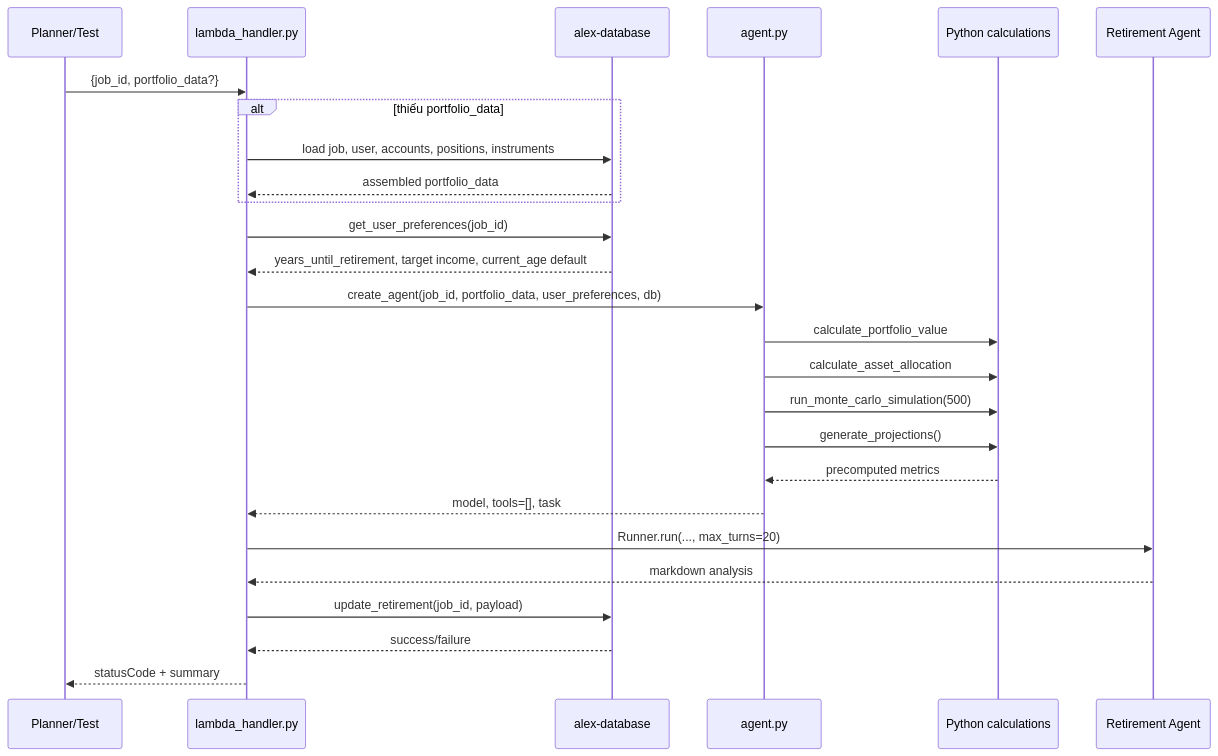
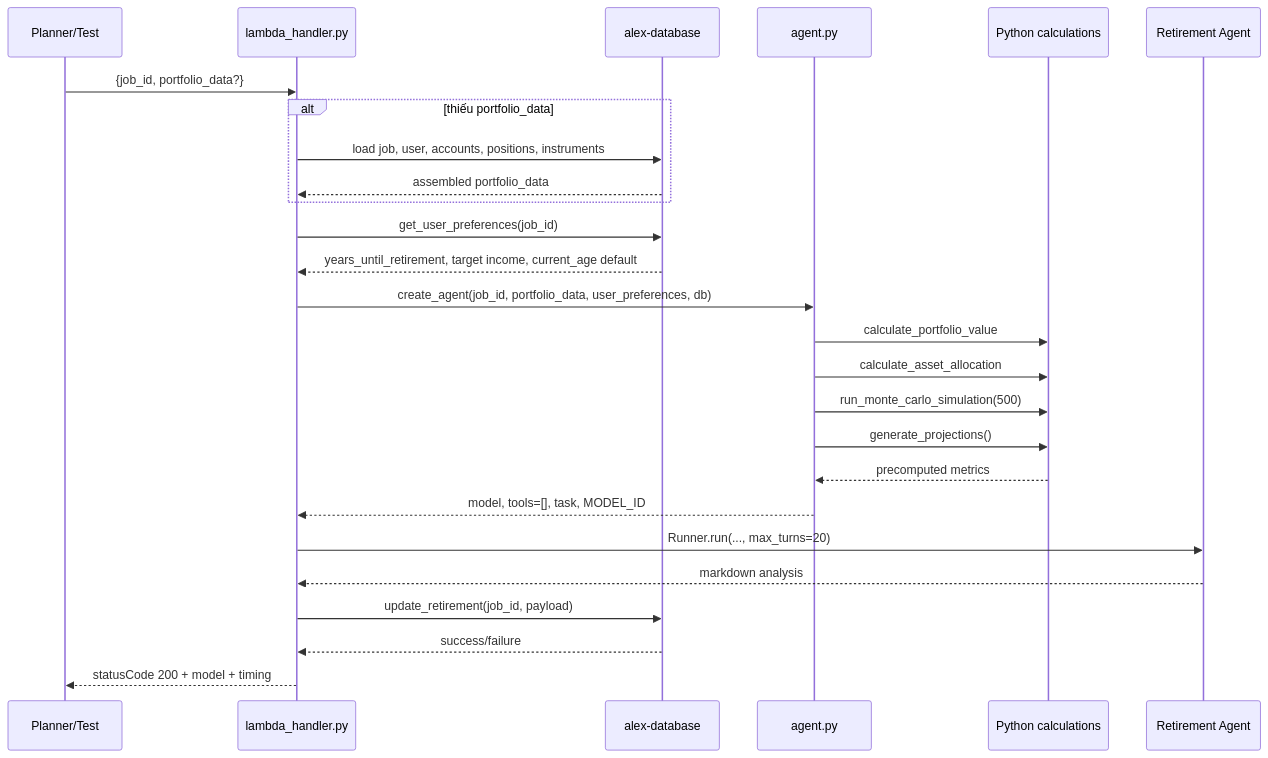
One commit to Sunny-sunnyy/alex changed the second of 3 diagrams in backend/retirement/README.md. Above: the diagram before and after it, drawn with Mermaid. The commit also changed other lines of this file and 43 other files, not shown here.

````diff
--- a/backend/retirement/README.md
+++ b/backend/retirement/README.md
@@ -75,29 +76,29 @@
 ```mermaid
 sequenceDiagram
     participant Caller as Planner/Test
     participant Lambda as lambda_handler.py
     participant DB as alex-database
     participant AgentFile as agent.py
     participant Calc as Python calculations
     participant Retirement as Retirement Agent
 
     Caller->>Lambda: {job_id, portfolio_data?}
     alt thiếu portfolio_data
         Lambda->>DB: load job, user, accounts, positions, instruments
         DB-->>Lambda: assembled portfolio_data
     end
     Lambda->>DB: get_user_preferences(job_id)
     DB-->>Lambda: years_until_retirement, target income, current_age default
     Lambda->>AgentFile: create_agent(job_id, portfolio_data, user_preferences, db)
     AgentFile->>Calc: calculate_portfolio_value
     AgentFile->>Calc: calculate_asset_allocation
     AgentFile->>Calc: run_monte_carlo_simulation(500)
     AgentFile->>Calc: generate_projections()
     Calc-->>AgentFile: precomputed metrics
-    AgentFile-->>Lambda: model, tools=[], task
+    AgentFile-->>Lambda: model, tools=[], task, MODEL_ID
     Lambda->>Retirement: Runner.run(..., max_turns=20)
     Retirement-->>Lambda: markdown analysis
     Lambda->>DB: update_retirement(job_id, payload)
     DB-->>Lambda: success/failure
-    Lambda-->>Caller: statusCode + summary
+    Lambda-->>Caller: statusCode 200 + model + timing
 ```
````
